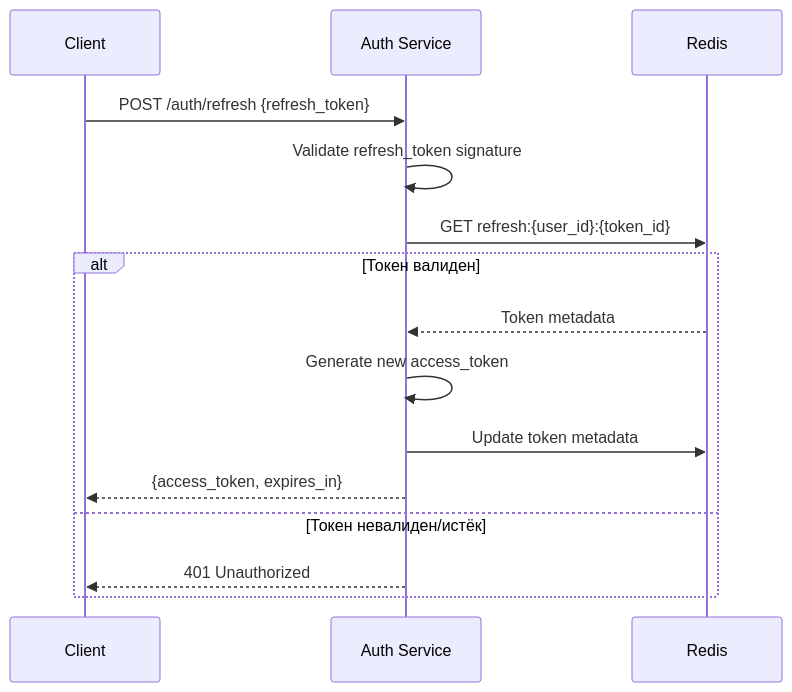
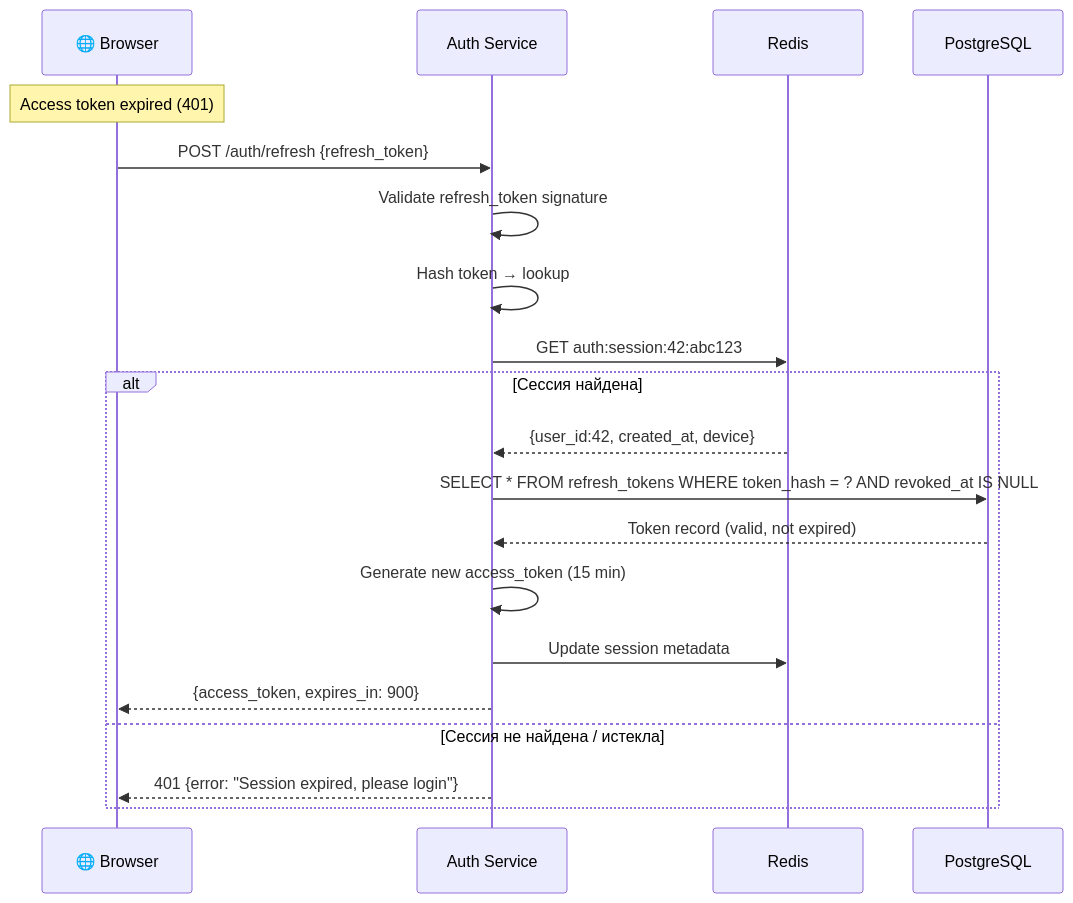
Before and after one commit to revarewerd/wayrecall-tracker-system: the eighth of 18 diagrams in docs/blocks/ARCHITECTURE_BLOCK3.md, drawn with Mermaid. The commit also changed other lines of this file and 544 other files, not shown here.

````diff
--- a/docs/blocks/ARCHITECTURE_BLOCK3.md
+++ b/docs/blocks/ARCHITECTURE_BLOCK3.md
@@ -471,19 +478,27 @@
 ```mermaid
 sequenceDiagram
-    participant C as Client
+    participant B as 🌐 Browser
     participant AS as Auth Service
     participant R as Redis
+    participant DB as PostgreSQL
 
-    C->>AS: POST /auth/refresh {refresh_token}
+    Note over B: Access token expired (401)
+
+    B->>AS: POST /auth/refresh {refresh_token}
     AS->>AS: Validate refresh_token signature
-    AS->>R: GET refresh:{user_id}:{token_id}
+    AS->>AS: Hash token → lookup
+
+    AS->>R: GET auth:session:42:abc123
     
-    alt Токен валиден
-        R-->>AS: Token metadata
-        AS->>AS: Generate new access_token
-        AS->>R: Update token metadata
-        AS-->>C: {access_token, expires_in}
-    else Токен невалиден/истёк
-        AS-->>C: 401 Unauthorized
+    alt Сессия найдена
+        R-->>AS: {user_id:42, created_at, device}
+        AS->>DB: SELECT * FROM refresh_tokens WHERE token_hash = ? AND revoked_at IS NULL
+        DB-->>AS: Token record (valid, not expired)
+
+        AS->>AS: Generate new access_token (15 min)
+        AS->>R: Update session metadata
+        AS-->>B: {access_token, expires_in: 900}
+    else Сессия не найдена / истекла
+        AS-->>B: 401 {error: "Session expired, please login"}
     end
 ```
````
